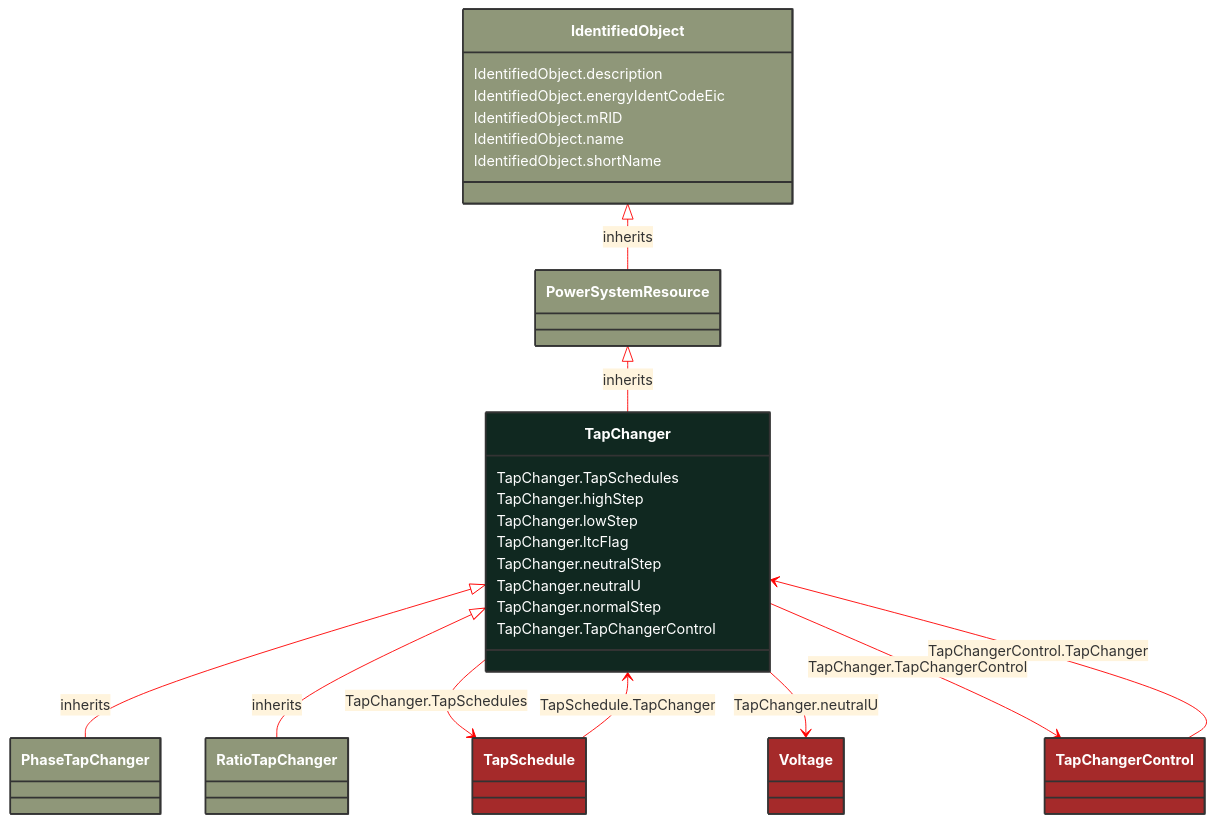
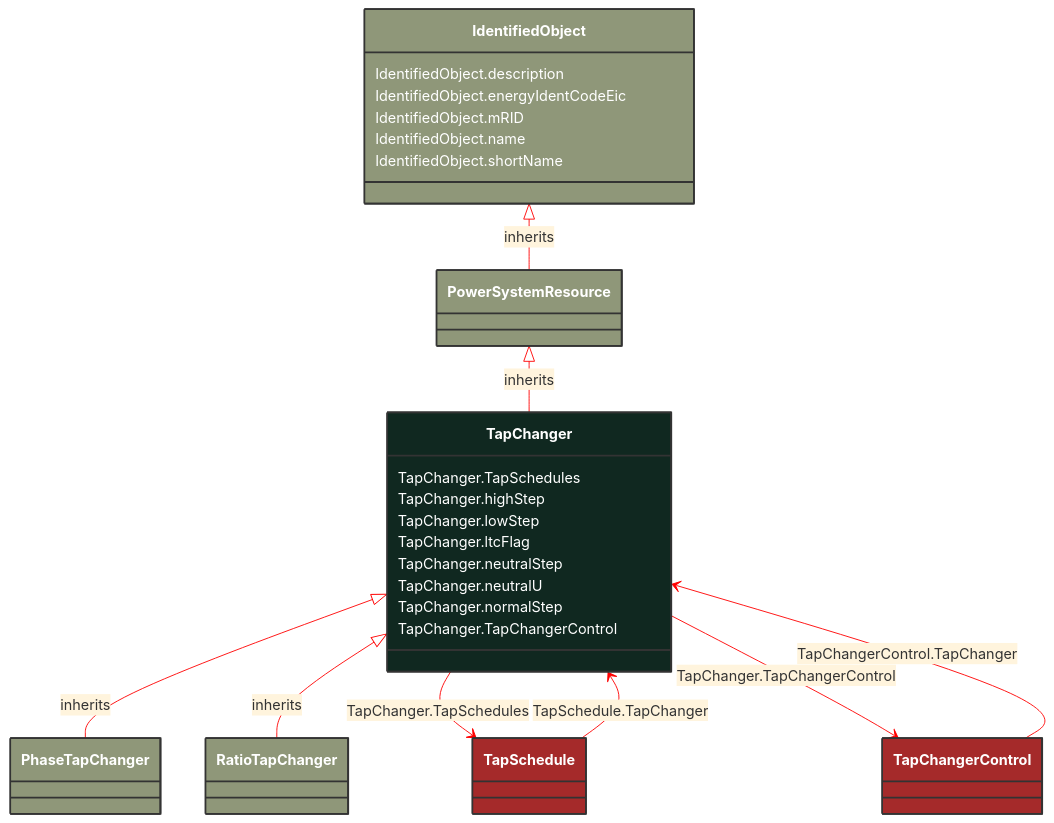
One commit to 3lbits/NoCIMExtensions changed the diagram in docs/Models/Profiles/CoreEquipment/ConcreteClasses/TapChanger.md. Above: the diagram before and after it, drawn with Mermaid. The commit also changed other lines of this file and 397 other files, not shown here.

First line of the commit message:
Refactor CIM schemas to introduce abstract classes and consolidate data types

````diff
--- a/docs/Models/Profiles/CoreEquipment/ConcreteClasses/TapChanger.md
+++ b/docs/Models/Profiles/CoreEquipment/ConcreteClasses/TapChanger.md
@@ -8,70 +8,65 @@
 ```mermaid
 %%{init: {'theme':'base','themeVariables': {'lineColor': '#FF0000'}}}%%
 classDiagram
     class TapChanger
     click TapChanger href "/Models/Profiles/CoreEquipment/ConcreteClasses/TapChanger/"
     style TapChanger fill:#102820,stroke:#333,stroke-width:2px,rx:10,ry:10,color:white
 
         TapChanger <|-- PhaseTapChanger : inherits
 
         PhaseTapChanger
-            click PhaseTapChanger href "/Models/Profiles/CoreEquipment/ConcreteClasses/PhaseTapChanger/"
+            click PhaseTapChanger href "/Models/Profiles/CoreEquipment/AbstractClasses/PhaseTapChanger/"
             style PhaseTapChanger fill:#8F9779,stroke:#333,stroke-width:2px,rx:10,ry:10,color:white
 
         TapChanger <|-- RatioTapChanger : inherits
 
         RatioTapChanger
             click RatioTapChanger href "/Models/Profiles/CoreEquipment/ConcreteClasses/RatioTapChanger/"
             style RatioTapChanger fill:#8F9779,stroke:#333,stroke-width:2px,rx:10,ry:10,color:white
      
         PowerSystemResource <|-- TapChanger : inherits
-            click PowerSystemResource href "/Models/Profiles/CoreEquipment/ConcreteClasses/PowerSystemResource/"
+            click PowerSystemResource href "/Models/Profiles/CoreEquipment/AbstractClasses/PowerSystemResource/"
             style PowerSystemResource fill:#8F9779,stroke:#333,stroke-width:2px,rx:10,ry:10,color:white
      
         IdentifiedObject <|-- PowerSystemResource : inherits
             click IdentifiedObject href "/Models/Profiles/CoreEquipment/ConcreteClasses/IdentifiedObject/"
             style IdentifiedObject fill:#8F9779,stroke:#333,stroke-width:2px,rx:10,ry:10,color:white
 
         TapChanger --> TapSchedule : TapChanger.TapSchedules
 
         TapSchedule
-            click TapSchedule href "/Models/Profiles/CoreEquipment/ConcreteClasses/TapSchedule/"
+            click TapSchedule href "/Models/Profiles/CoreEquipment/AbstractClasses/TapSchedule/"
             style TapSchedule fill:#A52A2A,stroke:#333,stroke-width:2px,rx:10,ry:10,color:white
-        TapChanger --> Voltage : TapChanger.neutralU
-
-        Voltage
-            click Voltage href "/Models/Profiles/CoreEquipment/ConcreteClasses/Voltage/"
-            style Voltage fill:#A52A2A,stroke:#333,stroke-width:2px,rx:10,ry:10,color:white
         TapChanger --> TapChangerControl : TapChanger.TapChangerControl
 
         TapChangerControl
             click TapChangerControl href "/Models/Profiles/CoreEquipment/ConcreteClasses/TapChangerControl/"
             style TapChangerControl fill:#A52A2A,stroke:#333,stroke-width:2px,rx:10,ry:10,color:white
 
         TapSchedule --> TapChanger : TapSchedule.TapChanger
 
         TapSchedule
-            click TapSchedule href "/Models/Profiles/CoreEquipment/ConcreteClasses/TapSchedule/"
+            click TapSchedule href "/Models/Profiles/CoreEquipment/AbstractClasses/TapSchedule/"
             style TapSchedule fill:#A52A2A,stroke:#333,stroke-width:2px,rx:10,ry:10,color:white
 
         TapChangerControl --> TapChanger : TapChangerControl.TapChanger
 
         TapChangerControl
             click TapChangerControl href "/Models/Profiles/CoreEquipment/ConcreteClasses/TapChangerControl/"
             style TapChangerControl fill:#A52A2A,stroke:#333,stroke-width:2px,rx:10,ry:10,color:white
 
 
         TapChanger : TapChanger.TapSchedules
         TapChanger : TapChanger.highStep
         TapChanger : TapChanger.lowStep
         TapChanger : TapChanger.ltcFlag
         TapChanger : TapChanger.neutralStep
         TapChanger : TapChanger.neutralU
         TapChanger : TapChanger.normalStep
         TapChanger : TapChanger.TapChangerControl
         IdentifiedObject : IdentifiedObject.description
         IdentifiedObject : IdentifiedObject.energyIdentCodeEic
         IdentifiedObject : IdentifiedObject.mRID
         IdentifiedObject : IdentifiedObject.name
         IdentifiedObject : IdentifiedObject.shortName
 ```
````
